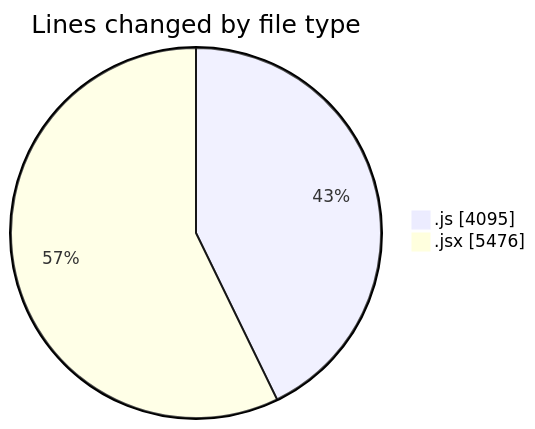
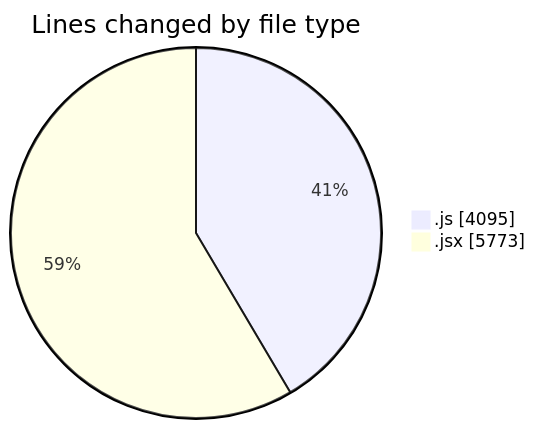
Before and after one commit to nxtqubesakshisongat/code-tracking: the first of 2 diagrams in 2025-12-31/nxtqube_webapp/README.md, drawn with Mermaid. The commit also changed other lines of this file and 1 other file, not shown here.

````diff
--- a/2025-12-31/nxtqube_webapp/README.md
+++ b/2025-12-31/nxtqube_webapp/README.md
@@ -34,6 +35,6 @@
 ```mermaid
 pie showData
 title Lines changed by file type
 ".js" : 4095
-".jsx" : 5476
+".jsx" : 5773
 ```
````
